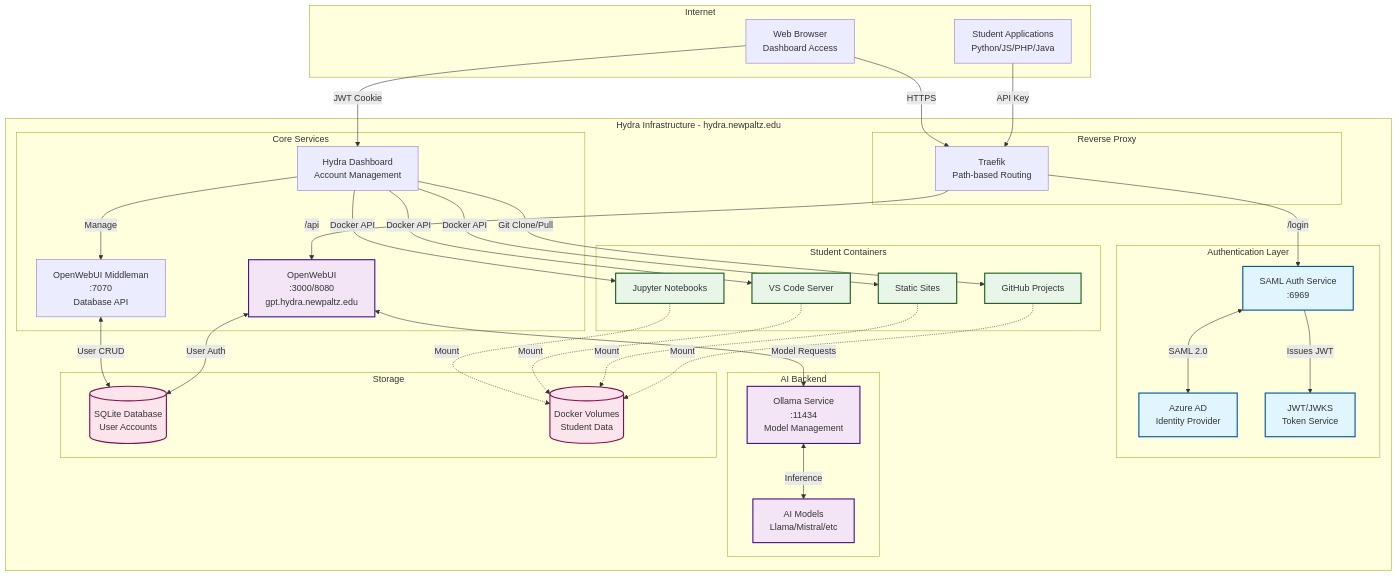
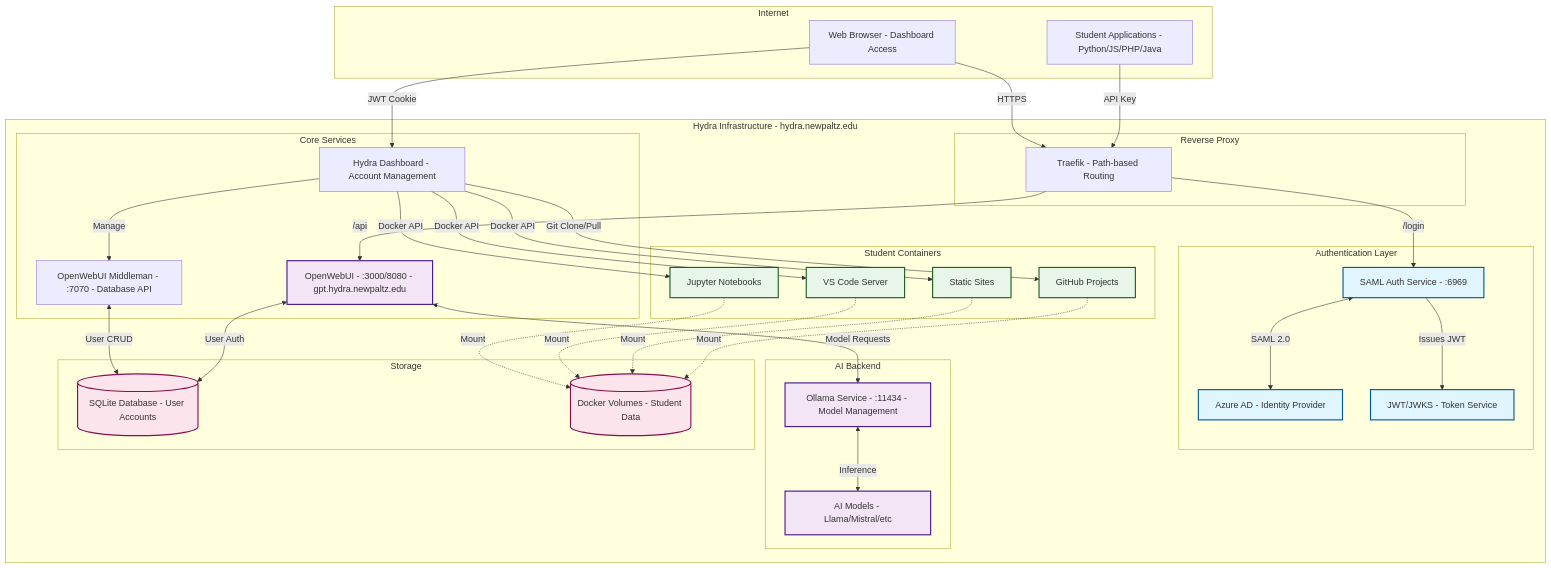
One commit to ndg8743/hydra-saml-auth changed the first of 14 diagrams in docs/access.md. Above: the diagram before and after it, drawn with Mermaid. The commit also changed other lines of this file, not shown here.

````diff
--- a/docs/access.md
+++ b/docs/access.md
@@ -302,82 +1544,82 @@
 ```mermaid
 graph TB
     subgraph "Internet"
-        Student[Student Applications<br/>Python/JS/PHP/Java]
-        Browser[Web Browser<br/>Dashboard Access]
+        Student[Student Applications - Python/JS/PHP/Java]
+        Browser[Web Browser - Dashboard Access]
     end
     
     subgraph "Hydra Infrastructure - hydra.newpaltz.edu"
         subgraph "Authentication Layer"
-            SAML[SAML Auth Service<br/>:6969]
-            Azure[Azure AD<br/>Identity Provider]
-            JWT[JWT/JWKS<br/>Token Service]
+            SAML[SAML Auth Service - :6969]
+            Azure[Azure AD - Identity Provider]
+            JWT[JWT/JWKS - Token Service]
         end
         
         subgraph "Reverse Proxy"
-            Traefik[Traefik<br/>Path-based Routing]
+            Traefik[Traefik - Path-based Routing]
         end
         
         subgraph "Core Services"
-            Dashboard[Hydra Dashboard<br/>Account Management]
-            OpenWebUI[OpenWebUI<br/>:3000/8080<br/>gpt.hydra.newpaltz.edu]
-            Middleman[OpenWebUI Middleman<br/>:7070<br/>Database API]
+            Dashboard[Hydra Dashboard - Account Management]
+            OpenWebUI[OpenWebUI - :3000/8080 - gpt.hydra.newpaltz.edu]
+            Middleman[OpenWebUI Middleman - :7070 - Database API]
         end
         
         subgraph "AI Backend"
-            Ollama[Ollama Service<br/>:11434<br/>Model Management]
-            Models[AI Models<br/>Llama/Mistral/etc]
+            Ollama[Ollama Service - :11434 - Model Management]
+            Models[AI Models - Llama/Mistral/etc]
         end
         
         subgraph "Student Containers"
             Jupyter[Jupyter Notebooks]
             VSCode[VS Code Server]
             Static[Static Sites]
             GitProj[GitHub Projects]
         end
         
         subgraph "Storage"
-            DB[(SQLite Database<br/>User Accounts)]
-            Volumes[(Docker Volumes<br/>Student Data)]
+            DB[(SQLite Database - User Accounts)]
+            Volumes[(Docker Volumes - Student Data)]
         end
     end
     
     %% Authentication Flow
     Browser -->|HTTPS| Traefik
     Traefik -->|/login| SAML
     SAML <-->|SAML 2.0| Azure
     SAML -->|Issues JWT| JWT
     Browser -->|JWT Cookie| Dashboard
     
     %% API Access Flow
     Student -->|API Key| Traefik
     Traefik -->|/api| OpenWebUI
     OpenWebUI <-->|Model Requests| Ollama
     Ollama <-->|Inference| Models
     
     %% Internal Communications
     Dashboard -->|Manage| Middleman
     Middleman <-->|User CRUD| DB
     OpenWebUI <-->|User Auth| DB
     
     %% Student Container Management
     Dashboard -->|Docker API| Jupyter
     Dashboard -->|Docker API| VSCode
     Dashboard -->|Docker API| Static
     Dashboard -->|Git Clone/Pull| GitProj
     
     %% Storage Connections
     Jupyter -.->|Mount| Volumes
     VSCode -.->|Mount| Volumes
     Static -.->|Mount| Volumes
     GitProj -.->|Mount| Volumes
     
     classDef auth fill:#e1f5fe,stroke:#01579b,stroke-width:2px
     classDef api fill:#f3e5f5,stroke:#4a148c,stroke-width:2px
     classDef storage fill:#fce4ec,stroke:#880e4f,stroke-width:2px
     classDef container fill:#e8f5e9,stroke:#1b5e20,stroke-width:2px
     
     class SAML,Azure,JWT auth
     class OpenWebUI,Ollama,Models api
     class DB,Volumes storage
     class Jupyter,VSCode,Static,GitProj container
 ```
````
